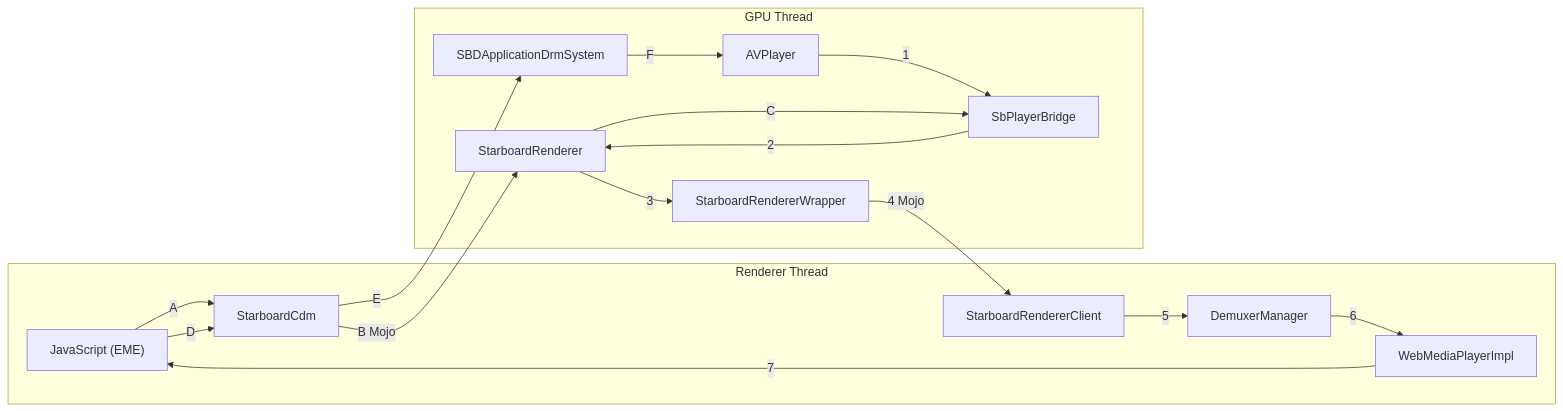
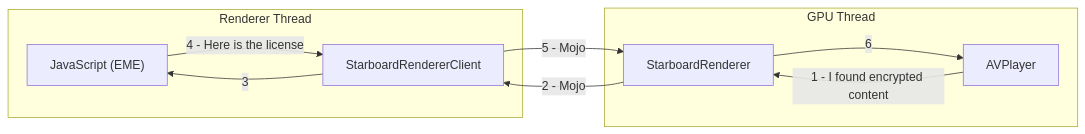
Before and after one commit to abhijeetk/cobalt: the first of 2 diagrams in Phase-2-FairPlay-DRM-Design-Doc.md, drawn with Mermaid. The commit also changed other lines of this file and 1 other file, not shown here.

````diff
--- a/Phase-2-FairPlay-DRM-Design-Doc.md
+++ b/Phase-2-FairPlay-DRM-Design-Doc.md
@@ -46,34 +31,19 @@
 ```mermaid
 graph LR
     subgraph "Renderer Thread"
         JS["JavaScript (EME)"]
-        WMPI["WebMediaPlayerImpl"]
-        DM["DemuxerManager"]
         SRC["StarboardRendererClient"]
-        CDM["StarboardCdm"]
     end
-
     subgraph "GPU Thread"
-        SRW["StarboardRendererWrapper"]
         SR["StarboardRenderer"]
-        SPB["SbPlayerBridge"]
-        ADRM["SBDApplicationDrmSystem"]
         AVP["AVPlayer"]
     end
 
-    AVP -->|"1"| SPB
-    SPB -->|"2"| SR
-    SR -->|"3"| SRW
-    SRW -->|"4 Mojo"| SRC
-    SRC -->|"5"| DM
-    DM -->|"6"| WMPI
-    WMPI -->|"7"| JS
+    AVP -->|"1 - I found encrypted content"| SR
+    SR -->|"2 - Mojo"| SRC
+    SRC -->|"3"| JS
 
-    JS -->|"A"| CDM
-    CDM -->|"B Mojo"| SR
-    SR -->|"C"| SPB
-
-    JS -->|"D"| CDM
-    CDM -->|"E"| ADRM
-    ADRM -->|"F"| AVP
+    JS -->|"4 - Here is the license"| SRC
+    SRC -->|"5 - Mojo"| SR
+    SR -->|"6"| AVP
 ```
````
